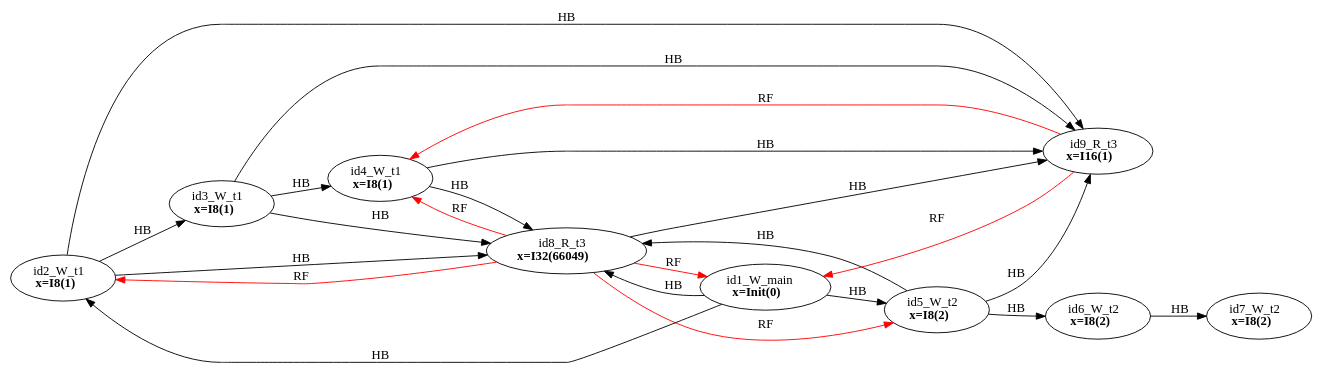
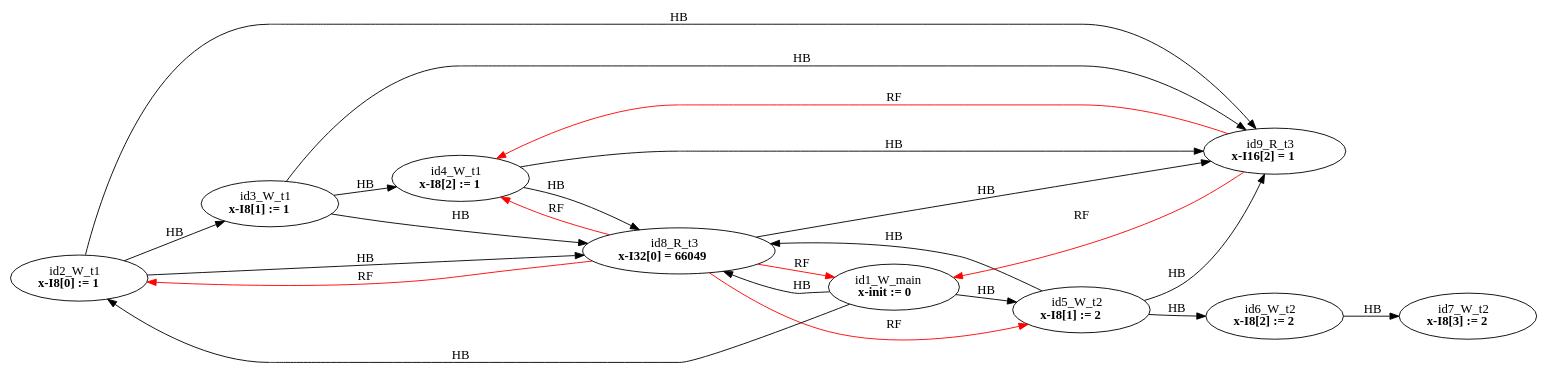
Before and after one commit to FMJS/EMME: the diagram in examples/single_var/sv_simple20/mm12.dot, drawn with Graphviz. The commit also changed 354 other files, not shown here.

```diff
--- a/examples/single_var/sv_simple20/mm12.dot
+++ b/examples/single_var/sv_simple20/mm12.dot
@@ -1,35 +1,35 @@
 digraph memory_model {
 rankdir=LR;
 splines=true; esep=0.5;
 id2_W_t1 -> id3_W_t1 [label = "HB", color="black"];
 id3_W_t1 -> id4_W_t1 [label = "HB", color="black"];
 id5_W_t2 -> id6_W_t2 [label = "HB", color="black"];
 id6_W_t2 -> id7_W_t2 [label = "HB", color="black"];
 id8_R_t3 -> id9_R_t3 [label = "HB", color="black"];
 id1_W_main -> id2_W_t1 [label = "HB", color="black"];
 id1_W_main -> id5_W_t2 [label = "HB", color="black"];
 id1_W_main -> id8_R_t3 [label = "HB", color="black"];
 id2_W_t1 -> id8_R_t3 [label = "HB", color="black"];
 id2_W_t1 -> id9_R_t3 [label = "HB", color="black"];
 id3_W_t1 -> id8_R_t3 [label = "HB", color="black"];
 id3_W_t1 -> id9_R_t3 [label = "HB", color="black"];
 id4_W_t1 -> id8_R_t3 [label = "HB", color="black"];
 id4_W_t1 -> id9_R_t3 [label = "HB", color="black"];
 id5_W_t2 -> id8_R_t3 [label = "HB", color="black"];
 id5_W_t2 -> id9_R_t3 [label = "HB", color="black"];
 id8_R_t3 -> id1_W_main [label = "RF", color="red"];
 id8_R_t3 -> id2_W_t1 [label = "RF", color="red"];
 id8_R_t3 -> id4_W_t1 [label = "RF", color="red"];
 id8_R_t3 -> id5_W_t2 [label = "RF", color="red"];
 id9_R_t3 -> id1_W_main [label = "RF", color="red"];
 id9_R_t3 -> id4_W_t1 [label = "RF", color="red"];
-id1_W_main [label=<id1_W_main<br/><B>x=Init(0)</B>>, pos="5.0,6!"]
-id2_W_t1 [label=<id2_W_t1<br/><B>x=I8(1)</B>>, pos="0,4!"]
-id3_W_t1 [label=<id3_W_t1<br/><B>x=I8(1)</B>>, pos="0,2!"]
-id4_W_t1 [label=<id4_W_t1<br/><B>x=I8(1)</B>>, pos="0,0!"]
-id5_W_t2 [label=<id5_W_t2<br/><B>x=I8(2)</B>>, pos="5,4!"]
-id6_W_t2 [label=<id6_W_t2<br/><B>x=I8(2)</B>>, pos="5,2!"]
-id7_W_t2 [label=<id7_W_t2<br/><B>x=I8(2)</B>>, pos="5,0!"]
-id8_R_t3 [label=<id8_R_t3<br/><B>x=I32(66049)</B>>, pos="10,4!"]
-id9_R_t3 [label=<id9_R_t3<br/><B>x=I16(1)</B>>, pos="10,2!"]
+id1_W_main [label=<id1_W_main<br/><B>x-init := 0</B>>, pos="5.0,6!"]
+id2_W_t1 [label=<id2_W_t1<br/><B>x-I8[0] := 1</B>>, pos="0,4!"]
+id3_W_t1 [label=<id3_W_t1<br/><B>x-I8[1] := 1</B>>, pos="0,2!"]
+id4_W_t1 [label=<id4_W_t1<br/><B>x-I8[2] := 1</B>>, pos="0,0!"]
+id5_W_t2 [label=<id5_W_t2<br/><B>x-I8[1] := 2</B>>, pos="5,4!"]
+id6_W_t2 [label=<id6_W_t2<br/><B>x-I8[2] := 2</B>>, pos="5,2!"]
+id7_W_t2 [label=<id7_W_t2<br/><B>x-I8[3] := 2</B>>, pos="5,0!"]
+id8_R_t3 [label=<id8_R_t3<br/><B>x-I32[0] = 66049</B>>, pos="10,4!"]
+id9_R_t3 [label=<id9_R_t3<br/><B>x-I16[2] = 1</B>>, pos="10,2!"]
 }
```
